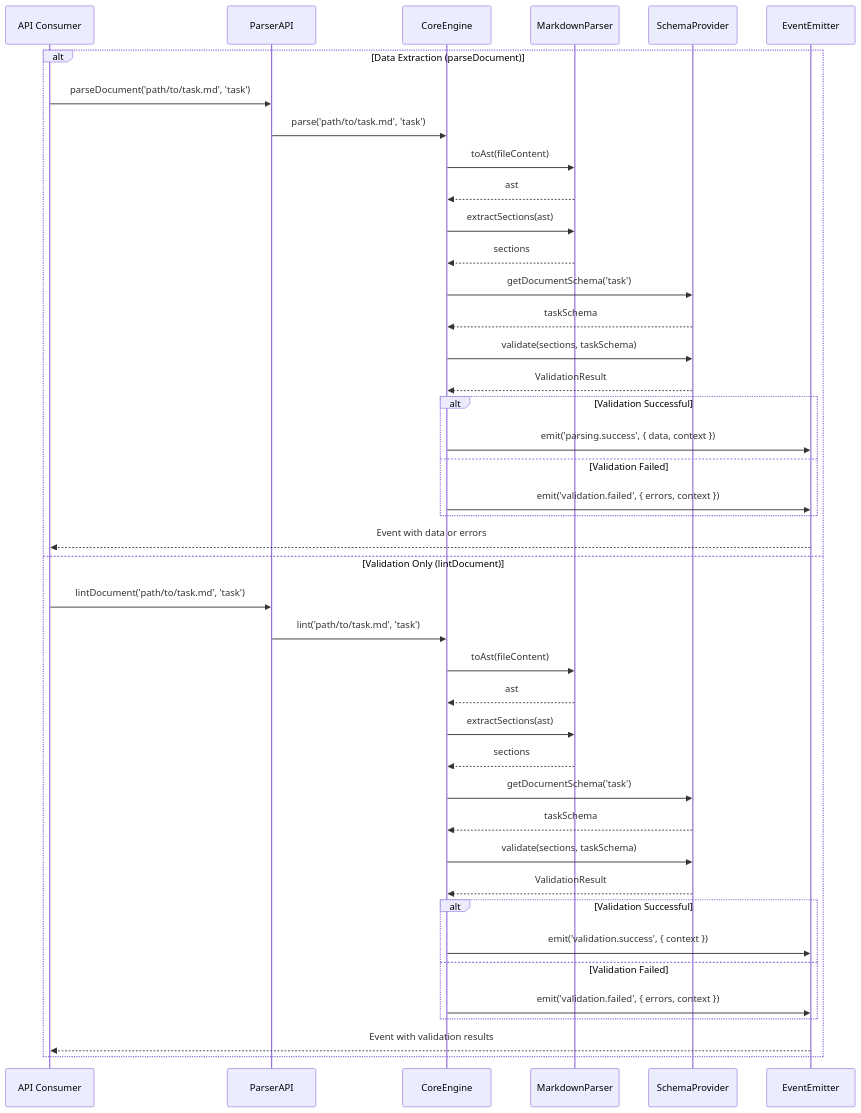
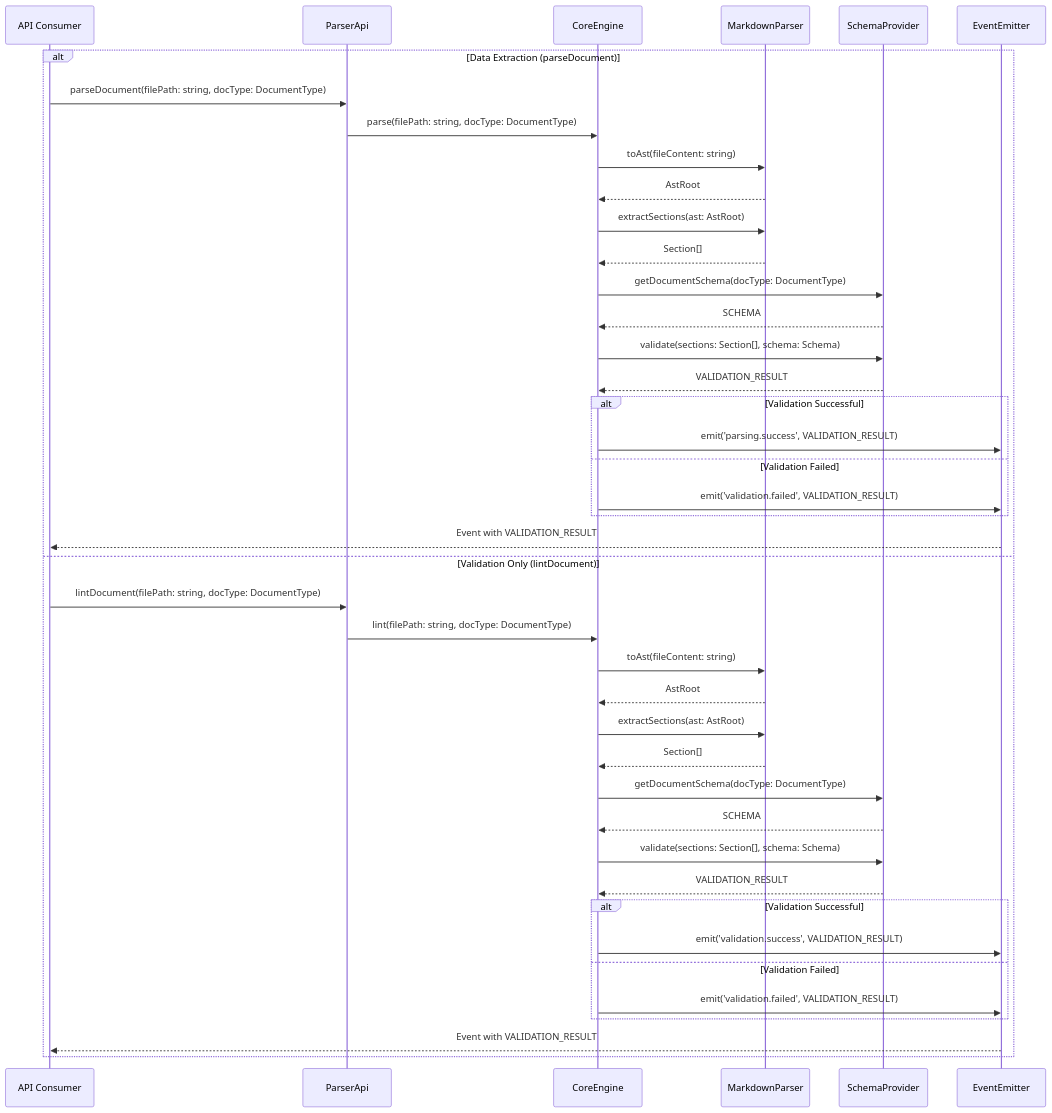
The seventh of 7 diagrams in docs/requirements/p1.p5-doc-parser.plan.md (livelifelively/documentation-driven-development-tools), drawn with Mermaid before and after one commit. The commit also changed other lines of this file and 9 other files, not shown here.

````diff
--- a/docs/requirements/p1.p5-doc-parser.plan.md
+++ b/docs/requirements/p1.p5-doc-parser.plan.md
@@ -400,45 +330,45 @@
 ```mermaid
 sequenceDiagram
     participant Consumer as API Consumer
-    participant ParserAPI
+    participant ParserApi
     participant CoreEngine
     participant MarkdownParser
     participant SchemaProvider
     participant EventEmitter
 
     alt Data Extraction (parseDocument)
-        Consumer->>ParserAPI: parseDocument('path/to/task.md', 'task')
-        ParserAPI->>CoreEngine: parse('path/to/task.md', 'task')
-        CoreEngine->>MarkdownParser: toAst(fileContent)
-        MarkdownParser-->>CoreEngine: ast
-        CoreEngine->>MarkdownParser: extractSections(ast)
-        MarkdownParser-->>CoreEngine: sections
-        CoreEngine->>SchemaProvider: getDocumentSchema('task')
-        SchemaProvider-->>CoreEngine: taskSchema
-        CoreEngine->>SchemaProvider: validate(sections, taskSchema)
-        SchemaProvider-->>CoreEngine: ValidationResult
+        Consumer->>ParserApi: parseDocument(filePath: string, docType: DocumentType)
+        ParserApi->>CoreEngine: parse(filePath: string, docType: DocumentType)
+        CoreEngine->>MarkdownParser: toAst(fileContent: string)
+        MarkdownParser-->>CoreEngine: AstRoot
+        CoreEngine->>MarkdownParser: extractSections(ast: AstRoot)
+        MarkdownParser-->>CoreEngine: Section[]
+        CoreEngine->>SchemaProvider: getDocumentSchema(docType: DocumentType)
+        SchemaProvider-->>CoreEngine: SCHEMA
+        CoreEngine->>SchemaProvider: validate(sections: Section[], schema: Schema)
+        SchemaProvider-->>CoreEngine: VALIDATION_RESULT
         alt Validation Successful
-            CoreEngine->>EventEmitter: emit('parsing.success', { data, context })
+            CoreEngine->>EventEmitter: emit('parsing.success', VALIDATION_RESULT)
         else Validation Failed
-            CoreEngine->>EventEmitter: emit('validation.failed', { errors, context })
+            CoreEngine->>EventEmitter: emit('validation.failed', VALIDATION_RESULT)
         end
-        EventEmitter-->>Consumer: Event with data or errors
+        EventEmitter-->>Consumer: Event with VALIDATION_RESULT
     else Validation Only (lintDocument)
-        Consumer->>ParserAPI: lintDocument('path/to/task.md', 'task')
-        ParserAPI->>CoreEngine: lint('path/to/task.md', 'task')
-        CoreEngine->>MarkdownParser: toAst(fileContent)
-        MarkdownParser-->>CoreEngine: ast
-        CoreEngine->>MarkdownParser: extractSections(ast)
-        MarkdownParser-->>CoreEngine: sections
-        CoreEngine->>SchemaProvider: getDocumentSchema('task')
-        SchemaProvider-->>CoreEngine: taskSchema
-        CoreEngine->>SchemaProvider: validate(sections, taskSchema)
-        SchemaProvider-->>CoreEngine: ValidationResult
+        Consumer->>ParserApi: lintDocument(filePath: string, docType: DocumentType)
+        ParserApi->>CoreEngine: lint(filePath: string, docType: DocumentType)
+        CoreEngine->>MarkdownParser: toAst(fileContent: string)
+        MarkdownParser-->>CoreEngine: AstRoot
+        CoreEngine->>MarkdownParser: extractSections(ast: AstRoot)
+        MarkdownParser-->>CoreEngine: Section[]
+        CoreEngine->>SchemaProvider: getDocumentSchema(docType: DocumentType)
+        SchemaProvider-->>CoreEngine: SCHEMA
+        CoreEngine->>SchemaProvider: validate(sections: Section[], schema: Schema)
+        SchemaProvider-->>CoreEngine: VALIDATION_RESULT
         alt Validation Successful
-            CoreEngine->>EventEmitter: emit('validation.success', { context })
+            CoreEngine->>EventEmitter: emit('validation.success', VALIDATION_RESULT)
         else Validation Failed
-            CoreEngine->>EventEmitter: emit('validation.failed', { errors, context })
+            CoreEngine->>EventEmitter: emit('validation.failed', VALIDATION_RESULT)
         end
-        EventEmitter-->>Consumer: Event with validation results
+        EventEmitter-->>Consumer: Event with VALIDATION_RESULT
     end
 ```
````
